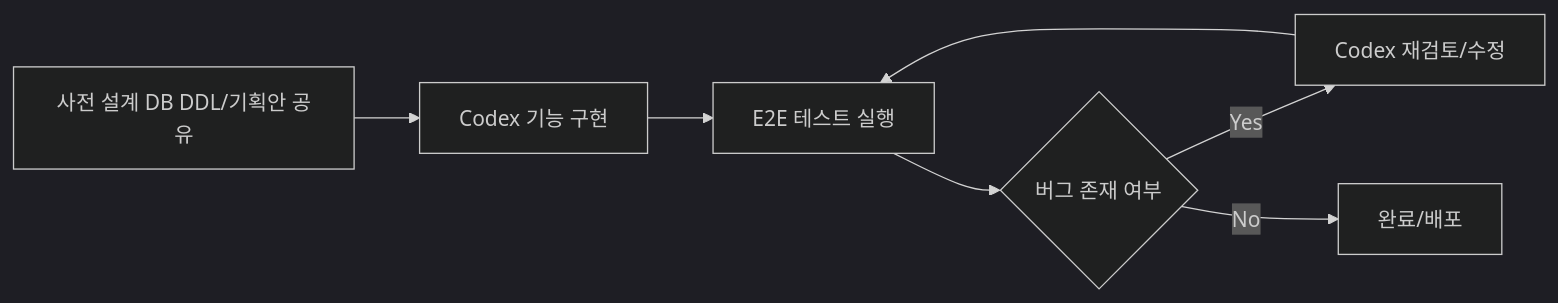
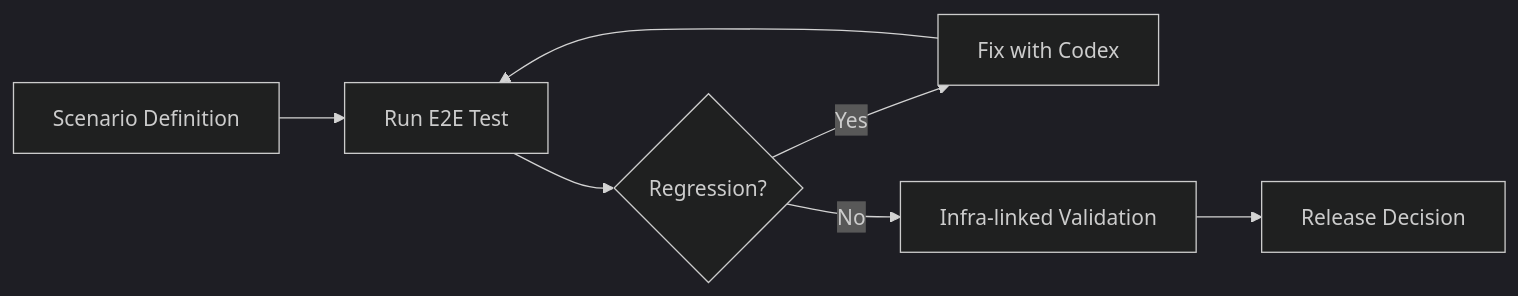
One commit to ehdrbdndns/steelart_dashboard changed the second of 2 diagrams in README.md. Above: the diagram before and after it, drawn with Mermaid (dark theme). The commit also changed other lines of this file and 4 other files, not shown here.

````diff
--- a/README.md
+++ b/README.md
@@ -54,9 +102,9 @@
 ```mermaid
 flowchart LR
-A["사전 설계 DB DDL/기획안 공유"] --> B["Codex 기능 구현"]
-B --> C["E2E 테스트 실행"]
-C --> D{"버그 존재 여부"}
-D -->|Yes| E["Codex 재검토/수정"]
-E --> C
-D -->|No| F["완료/배포"]
+S["Scenario Definition"] --> T["Run E2E Test"]
+T --> R{"Regression?"}
+R -->|Yes| F["Fix with Codex"]
+F --> T
+R -->|No| V["Infra-linked Validation"]
+V --> D["Release Decision"]
 ```
````
